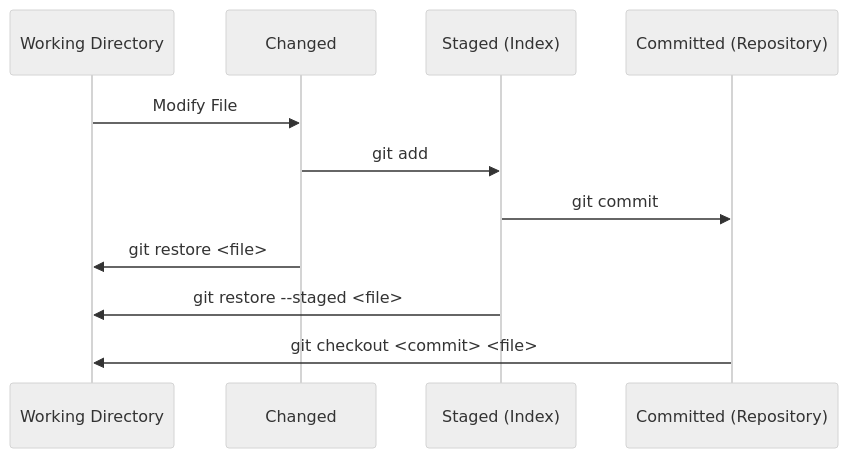
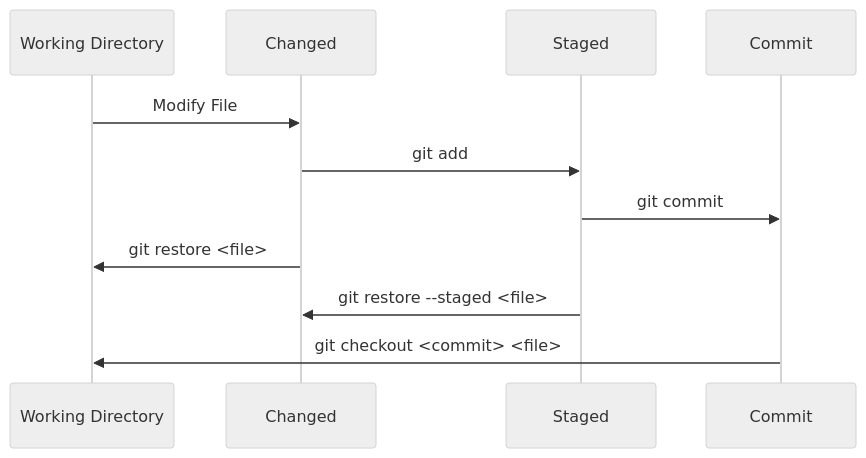
One commit to comp423-25s/comp423-25s.github.io changed the diagram in docs/demo_markdown.md. Above: the diagram before and after it, drawn with Mermaid (neutral theme).

Commit message:
Fix mermaid example

````diff
--- a/docs/demo_markdown.md
+++ b/docs/demo_markdown.md
@@ -46,14 +46,14 @@
 ``` mermaid
 sequenceDiagram
     participant WorkingDir as Working Directory
     participant Changed as Changed
-    participant Staged as Staged (Index)
-    participant Committed as Committed (Repository)
+    participant Staged as Staged
+    participant Committed as Commit
 
     WorkingDir ->> Changed: Modify File
     Changed ->> Staged: git add
     Staged ->> Committed: git commit
     Changed ->> WorkingDir: git restore <file>
-    Staged ->> WorkingDir: git restore --staged <file>
+    Staged ->> Changed: git restore --staged <file>
     Committed ->> WorkingDir: git checkout <commit> <file>
 ```
````
